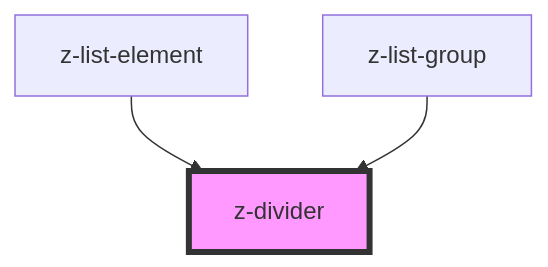
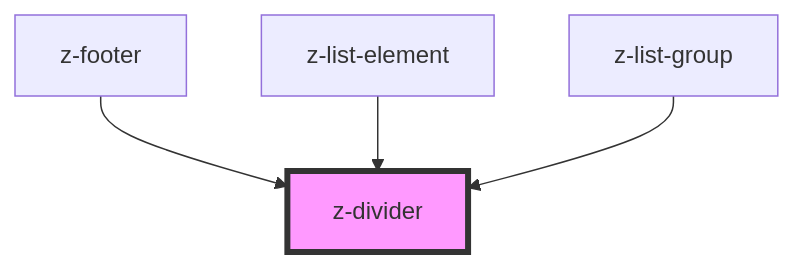
The diagram in src/components/z-divider/readme.md (ZanichelliEditore/design-system), drawn with Mermaid before and after one commit. The commit also changed other lines of this file and 13 other files, not shown here.

````diff
--- a/src/components/z-divider/readme.md
+++ b/src/components/z-divider/readme.md
@@ -25,6 +26,7 @@
 ```mermaid
 graph TD;
+  z-footer --> z-divider
   z-list-element --> z-divider
   z-list-group --> z-divider
   style z-divider fill:#f9f,stroke:#333,stroke-width:4px
 ```
````
